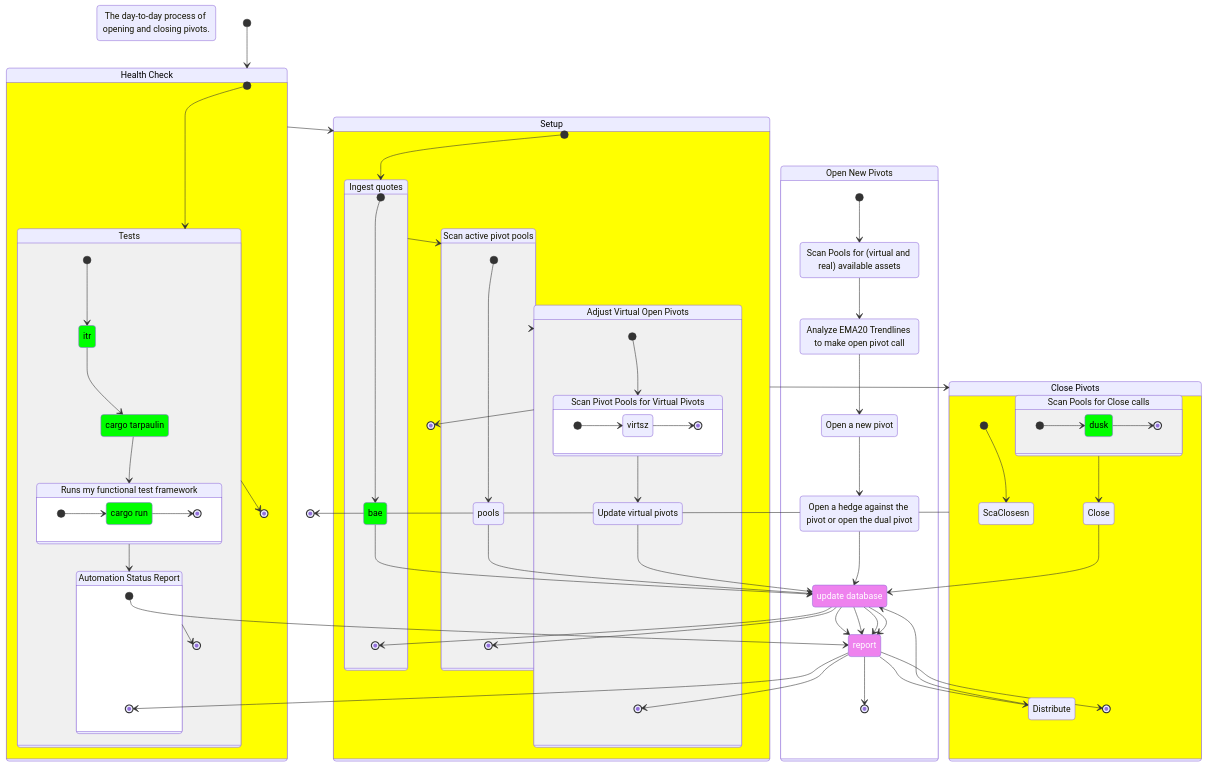
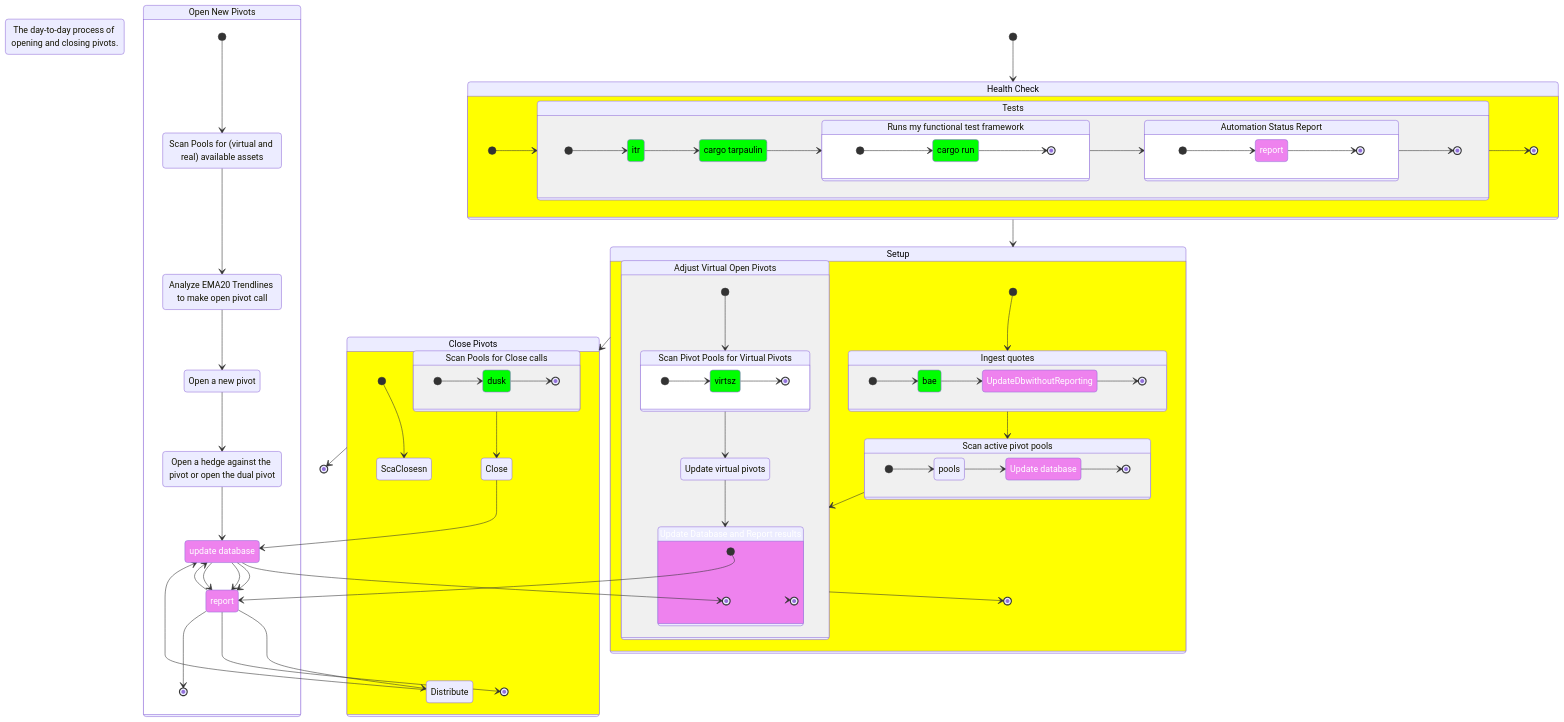
The diagram in dapps/README.md (pivoteur/protocol), drawn with Mermaid before and after one commit.

Commit message:
cordoning off finalization ... good idea? idk rn

```diff
--- a/dapps/README.md
+++ b/dapps/README.md
@@ -18,14 +18,29 @@
    class itr inUse
    class bae inUse
    class dusk inUse
+   class virtsz inUse
+
    class Tests wip
    class Setup wip
    class Closes wip
+
    class report manual
+   class ReportwithoutUpdatingDatabase manual
    class UpdateDb manual
+   class UpdateDbwithoutReporting manual
+   class UpdateDbwithoutReporting1 manual
+   class Finalize manual
+
    UpdateDb: update database
 
    Run: cargo run
+
+   Finalize: Update Database and Report results
+   state Finalize {
+      [*] --> report
+      report --> UpdateDb
+      UpdateDb --> [*]
+   }
 
    [*] --> Tests
    Tests --> Setup
@@ -59,8 +74,10 @@
          state Rep {
             direction LR
 
-            [*] --> report
-            report --> [*]
+            [*] --> ReportwithoutUpdatingDatabase
+            ReportwithoutUpdatingDatabase --> [*]
+
+            ReportwithoutUpdatingDatabase: report
          }
       }
    }
@@ -79,8 +96,8 @@
          direction LR
 
          [*] --> bae
-         bae --> UpdateDb
-         UpdateDb --> [*]
+         bae --> UpdateDbwithoutReporting
+         UpdateDbwithoutReporting --> [*]
       }
 
       Pools: Scan active pivot pools
@@ -88,8 +105,10 @@
          direction LR
 
          [*] --> pools
-         pools --> UpdateDb
-         UpdateDb --> [*]
+         pools --> UpdateDbwithoutReporting1
+         UpdateDbwithoutReporting1 --> [*]
+
+         UpdateDbwithoutReporting1: Update database
       }
 
       AdjustVirtualPivots: Adjust Virtual Open Pivots
@@ -98,9 +117,8 @@
 
          [*] --> ScanVirtsz
          ScanVirtsz --> AdjustVirtsz
-         AdjustVirtsz --> UpdateDb
-         UpdateDb --> report
-         report --> [*]
+         AdjustVirtsz --> Finalize
+         Finalize --> [*]
 
          ScanVirtsz: Scan Pivot Pools for Virtual Pivots
          state ScanVirtsz {
```
